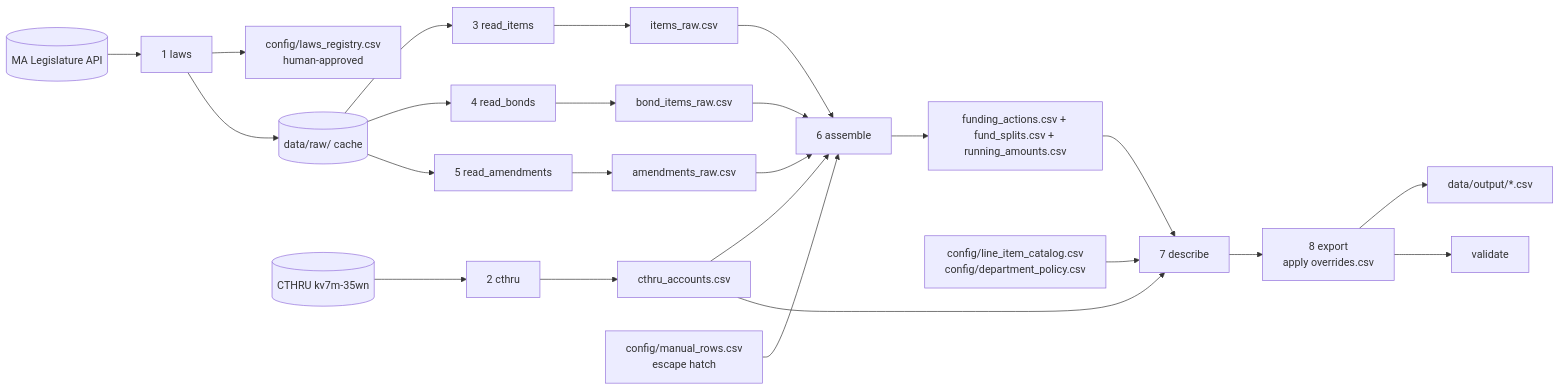
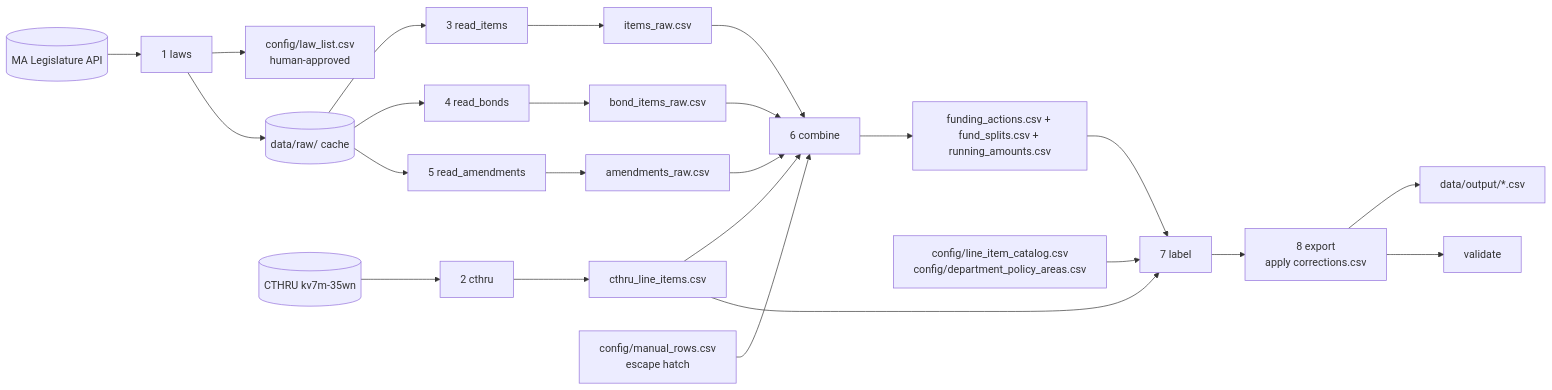
One commit to EmmaWisniewski/capstone-fall26 changed the diagram in docs/DESIGN.md. Above: the diagram before and after it, drawn with Mermaid. The commit also changed other lines of this file and 35 other files, not shown here.

````diff
--- a/docs/DESIGN.md
+++ b/docs/DESIGN.md
@@ -272,26 +272,26 @@
 ```mermaid
 flowchart LR
   API[(MA Legislature API)] --> L[1 laws]
-  L --> REG[config/laws_registry.csv<br/>human-approved]
+  L --> REG[config/law_list.csv<br/>human-approved]
   L --> RAW[(data/raw/ cache)]
   CT[(CTHRU kv7m-35wn)] --> C[2 cthru]
-  C --> CA[cthru_accounts.csv]
+  C --> CA[cthru_line_items.csv]
   RAW --> I[3 read_items]
   RAW --> B[4 read_bonds]
   RAW --> A[5 read_amendments]
   I --> IR[items_raw.csv]
   B --> BR[bond_items_raw.csv]
   A --> AR[amendments_raw.csv]
-  CA --> AS[6 assemble]
+  CA --> AS[6 combine]
   IR --> AS
   BR --> AS
   AR --> AS
   MAN[config/manual_rows.csv<br/>escape hatch] --> AS
   AS --> LED[funding_actions.csv + fund_splits.csv + running_amounts.csv]
-  LED --> D[7 describe]
-  CAT[config/line_item_catalog.csv<br/>config/department_policy.csv] --> D
+  LED --> D[7 label]
+  CAT[config/line_item_catalog.csv<br/>config/department_policy_areas.csv] --> D
   CA --> D
-  D --> X[8 export<br/>apply overrides.csv]
+  D --> X[8 export<br/>apply corrections.csv]
   X --> OUT[data/output/*.csv]
   X --> V[validate]
 ```
````
